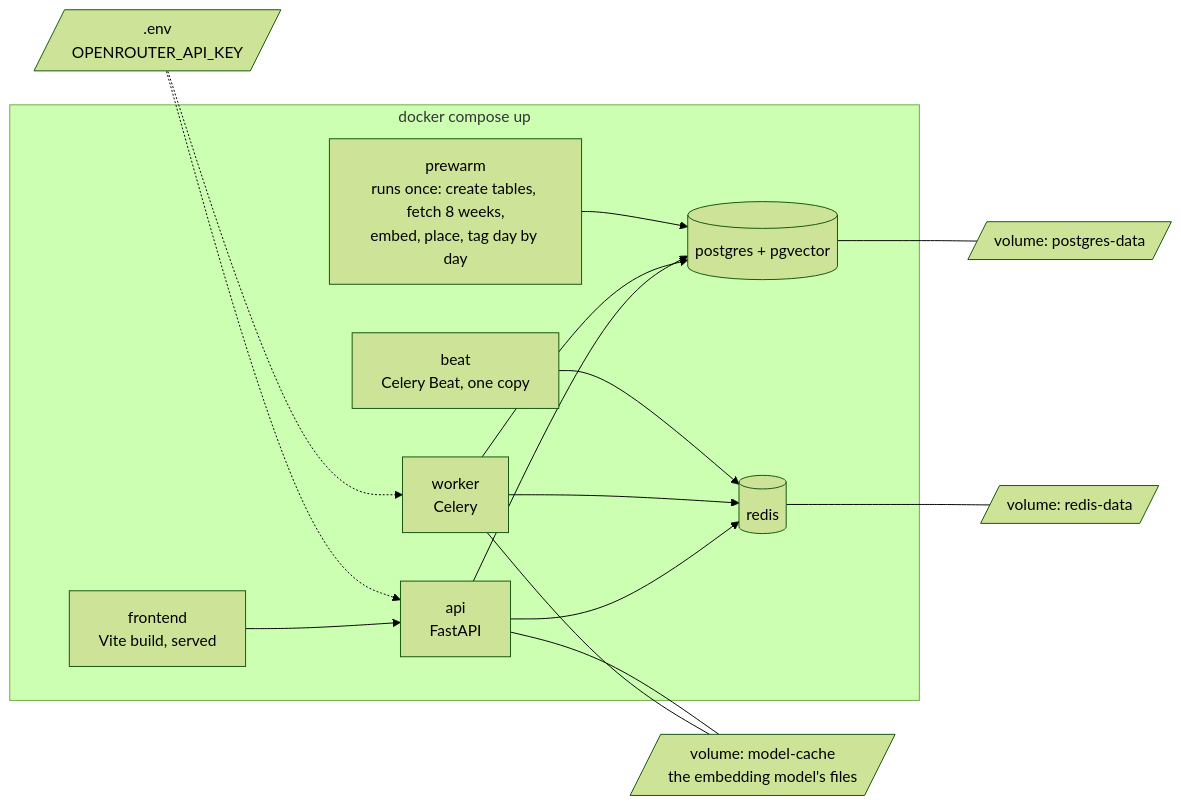
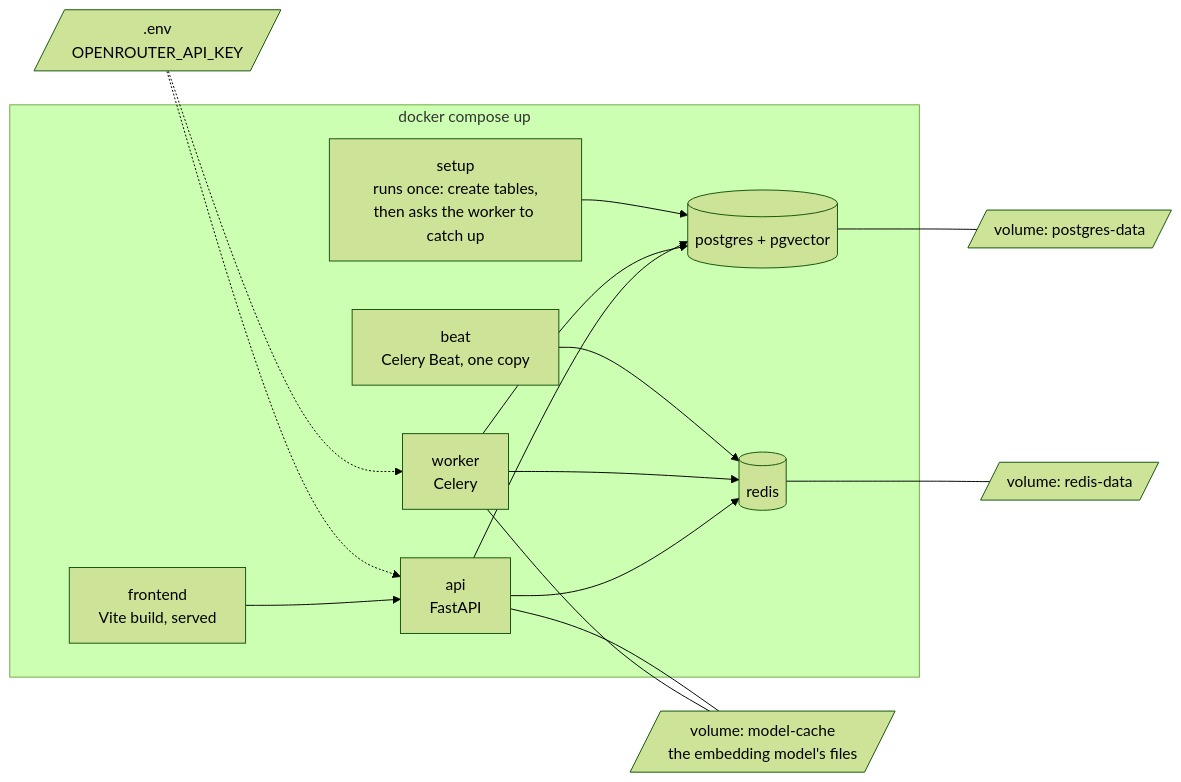
One commit to brianaderer/transcendent changed the diagram in docs/atlas/04-environment.md. Above: the diagram before and after it, drawn with Mermaid (forest theme). The commit also changed other lines of this file and 1 other file, not shown here.

Commit message:
Atlas: one catch-up operation over a range of days for first start, daily pull and downtime

````diff
--- a/docs/atlas/04-environment.md
+++ b/docs/atlas/04-environment.md
@@ -10,30 +10,30 @@
 ```mermaid
 flowchart LR
     subgraph COMPOSE["docker compose up"]
         FE["frontend<br/>Vite build, served"]
         API["api<br/>FastAPI"]
         WORK["worker<br/>Celery"]
         BEAT["beat<br/>Celery Beat, one copy"]
-        SETUP["prewarm<br/>runs once: create tables, fetch 8 weeks,<br/>embed, place, tag day by day"]
+        SETUP["setup<br/>runs once: create tables,<br/>then asks the worker to catch up"]
         PG[("postgres + pgvector")]
         RD[("redis")]
     end
     VPG[/"volume: postgres-data"/]
     VRD[/"volume: redis-data"/]
     VMOD[/"volume: model-cache<br/>the embedding model's files"/]
     ENV[/".env<br/>OPENROUTER_API_KEY"/]
 
     FE --> API
     API --> PG
     API --> RD
     WORK --> PG
     WORK --> RD
     BEAT --> RD
     SETUP --> PG
     PG --- VPG
     RD --- VRD
     WORK --- VMOD
     API --- VMOD
     ENV -.-> API
     ENV -.-> WORK
 ```
````
